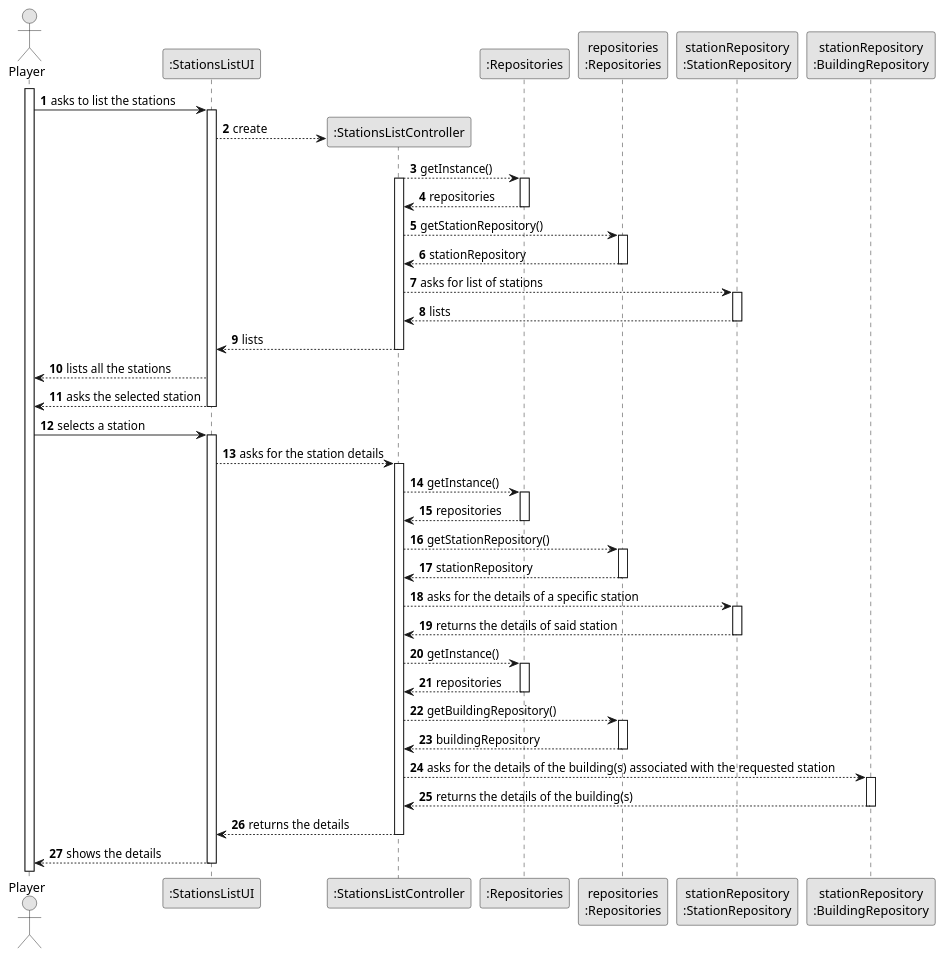
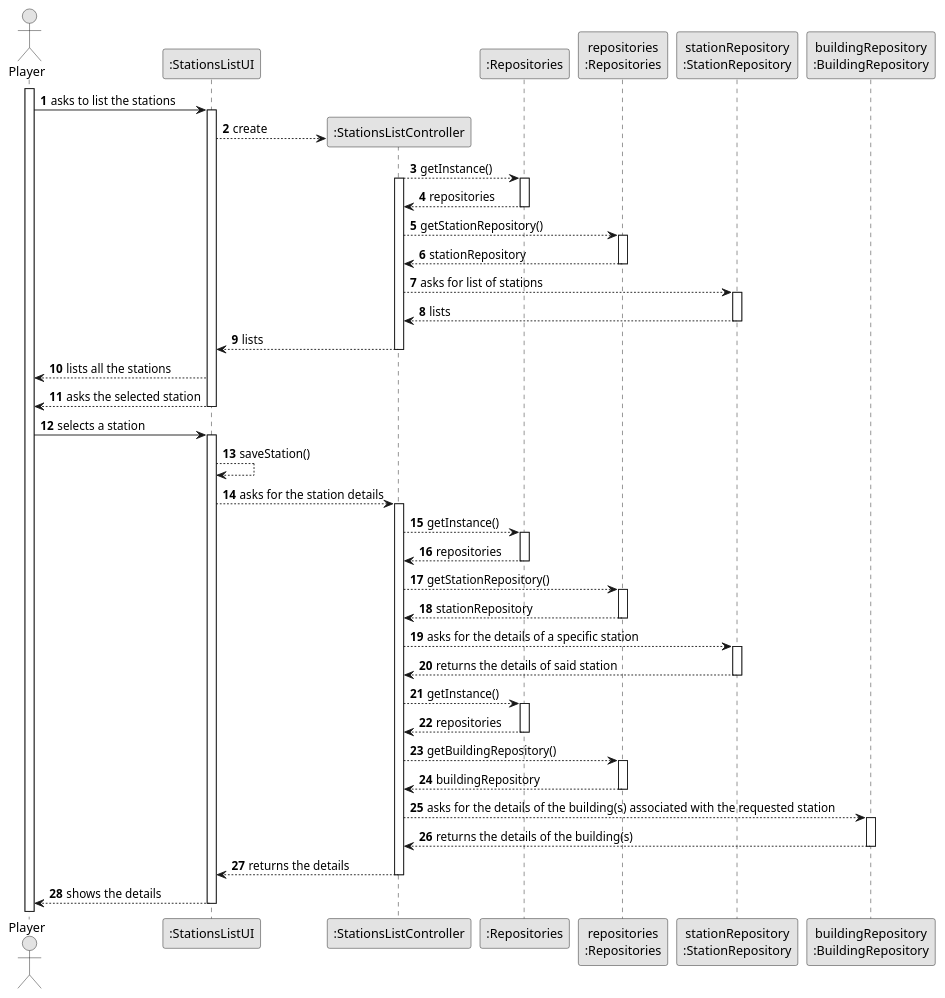
The diagram in docs/system-documentation/US007/03.design/puml/US007-SD.puml (goncalolopesp/sem2-pi-24.25-g093-repo), drawn with PlantUML before and after one commit. The commit also changed 1 other file, not shown here.

Commit message:
US007 - Added the "List Stations Partial SD" SSD to the Design

```diff
--- a/docs/system-documentation/US007/03.design/puml/US007-SD.puml
+++ b/docs/system-documentation/US007/03.design/puml/US007-SD.puml
@@ -1,88 +1,89 @@
 @startuml
 skinparam monochrome true
 skinparam packageStyle rectangle
 skinparam shadowing false
 
 autonumber
 
 actor "Player" as Employee
 participant ":StationsListUI" as StationsListUI
 
 activate Employee
 
 Employee -> StationsListUI : asks to list the stations
 activate StationsListUI
 
 create ":StationsListController" as StationsListController
 
 StationsListUI --> StationsListController : create
 
 
 
 participant ":Repositories" as Repositories
 participant "repositories\n:Repositories" as Repo
 participant "stationRepository\n:StationRepository" as stationRepository
-participant "stationRepository\n:BuildingRepository" as buildingRepository
+participant "buildingRepository\n:BuildingRepository" as buildingRepository
 
 StationsListController --> Repositories : getInstance()
 activate StationsListController
 activate Repositories
 
 Repositories --> StationsListController : repositories
 
 deactivate Repositories
 
 StationsListController --> Repo : getStationRepository()
 activate Repo
 
 Repo --> StationsListController : stationRepository
 deactivate Repo
 
 
 StationsListController --> stationRepository : asks for list of stations
 activate stationRepository
 stationRepository --> StationsListController : lists
 deactivate stationRepository
 StationsListController --> StationsListUI : lists
 
 deactivate StationsListController
 
 StationsListUI --> Employee : lists all the stations
 StationsListUI --> Employee : asks the selected station
 deactivate StationsListUI
 
 Employee -> StationsListUI : selects a station
 activate StationsListUI
+StationsListUI --> StationsListUI : saveStation()
 StationsListUI --> StationsListController : asks for the station details
 activate StationsListController
 StationsListController --> Repositories : getInstance()
 activate Repositories
 Repositories --> StationsListController : repositories
 deactivate Repositories
 StationsListController --> Repo : getStationRepository()
 activate Repo
 Repo --> StationsListController : stationRepository
 deactivate Repo
 StationsListController --> stationRepository : asks for the details of a specific station
 activate stationRepository
 stationRepository --> StationsListController : returns the details of said station
 deactivate stationRepository
 StationsListController --> Repositories : getInstance()
 activate Repositories
 Repositories --> StationsListController : repositories
 deactivate Repositories
 StationsListController --> Repo : getBuildingRepository()
 activate Repo
 Repo --> StationsListController : buildingRepository
 deactivate Repo
 StationsListController --> buildingRepository : asks for the details of the building(s) associated with the requested station
 activate buildingRepository
 buildingRepository --> StationsListController : returns the details of the building(s)
 deactivate buildingRepository
 StationsListController --> StationsListUI : returns the details
 deactivate StationsListController
 StationsListUI --> Employee : shows the details
 deactivate StationsListUI
 
 
 @enduml
```
